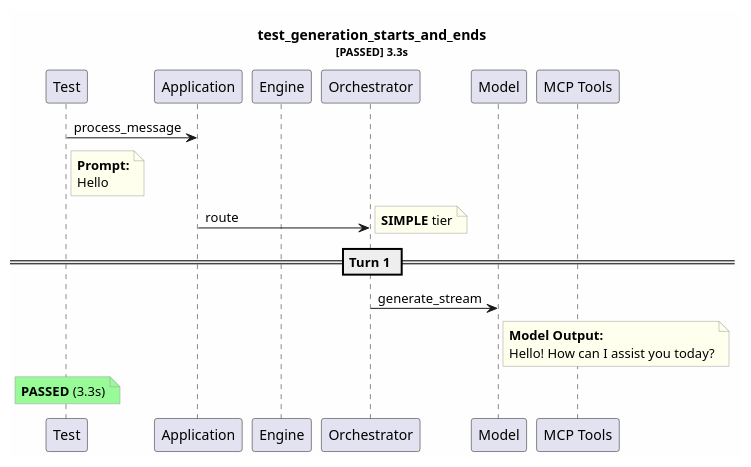
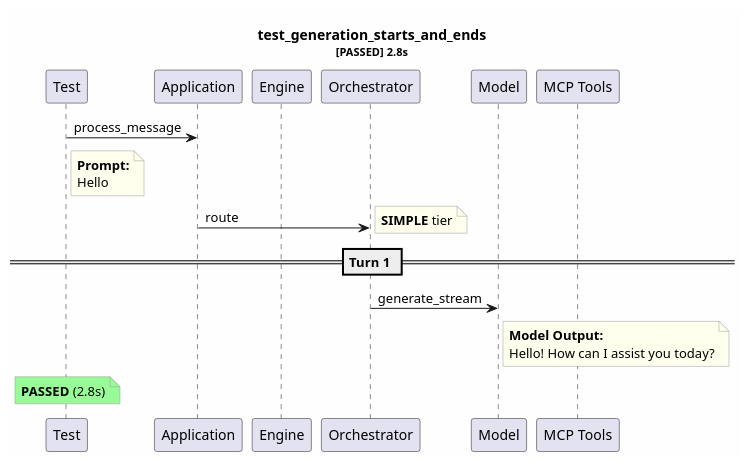
One commit to tvanfossen/entropic changed the diagram in test-reports/test_generation_starts_and_ends.puml. Above: the diagram before and after it, drawn with PlantUML. The commit also changed 50 other files, not shown here.

```diff
--- a/test-reports/test_generation_starts_and_ends.puml
+++ b/test-reports/test_generation_starts_and_ends.puml
@@ -1,31 +1,31 @@
 @startuml
 skinparam backgroundColor #FEFEFE
 skinparam noteBorderColor #999999
 skinparam noteBackgroundColor #FFFFEE
-title test_generation_starts_and_ends\n<size:11>[PASSED] 3.3s</size>
+title test_generation_starts_and_ends\n<size:11>[PASSED] 2.8s</size>
 
 participant "Test" as T
 participant "Application" as App
 participant "Engine" as Eng
 participant "Orchestrator" as Orch
 participant "Model" as Mdl
 participant "MCP Tools" as MCP
 
 T -> App: process_message
 note right of T
   **Prompt:**
   Hello
 end note
 App -> Orch: route
 note right: **SIMPLE** tier
 == Turn 1 ==
 Orch -> Mdl: generate_stream
 note right of Mdl
   **Model Output:**
   Hello! How can I assist you today?
 end note
 note over T #palegreen
-  **PASSED** (3.3s)
+  **PASSED** (2.8s)
 end note
 
 @enduml
```
